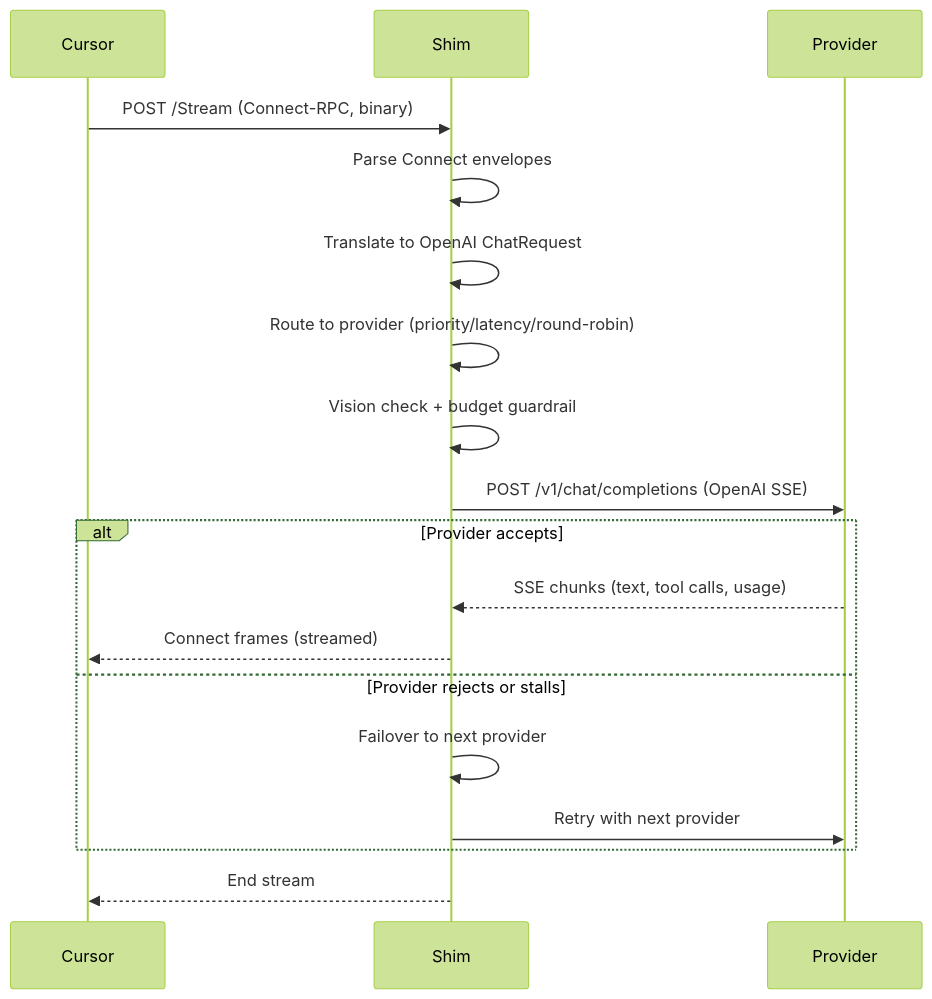
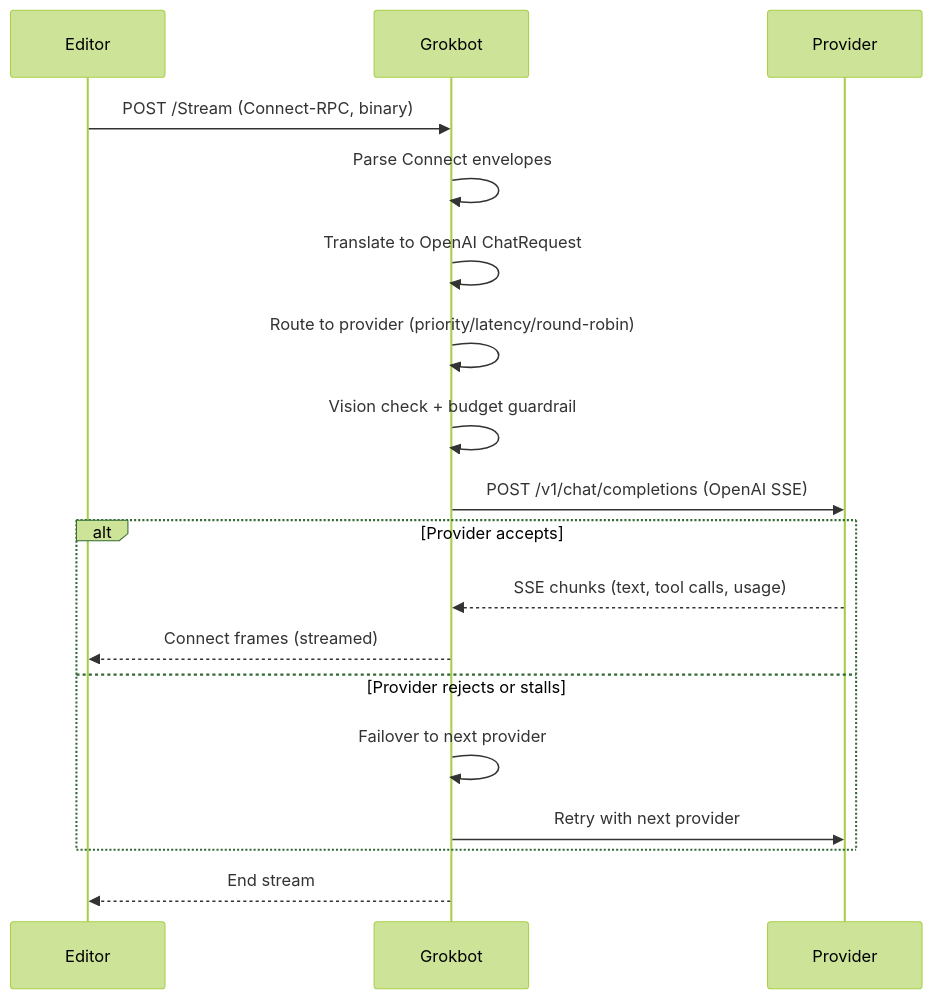
Before and after one commit to jroth1111/grokbot-BYOK: the second of 3 diagrams in README.md, drawn with Mermaid (forest theme). The commit also changed other lines of this file, not shown here.

First line of the commit message:
Reframe README around Grokbot as the product, not Cursor

````diff
--- a/README.md
+++ b/README.md
@@ -162,21 +162,21 @@
 ```mermaid
 sequenceDiagram
-    participant C as Cursor
-    participant S as Shim
+    participant C as Editor
+    participant S as Grokbot
     participant P as Provider
 
     C->>S: POST /Stream (Connect-RPC, binary)
     S->>S: Parse Connect envelopes
     S->>S: Translate to OpenAI ChatRequest
     S->>S: Route to provider (priority/latency/round-robin)
     S->>S: Vision check + budget guardrail
     S->>P: POST /v1/chat/completions (OpenAI SSE)
     alt Provider accepts
         P-->>S: SSE chunks (text, tool calls, usage)
         S-->>C: Connect frames (streamed)
     else Provider rejects or stalls
         S->>S: Failover to next provider
         S->>P: Retry with next provider
     end
     S-->>C: End stream
 ```
````
